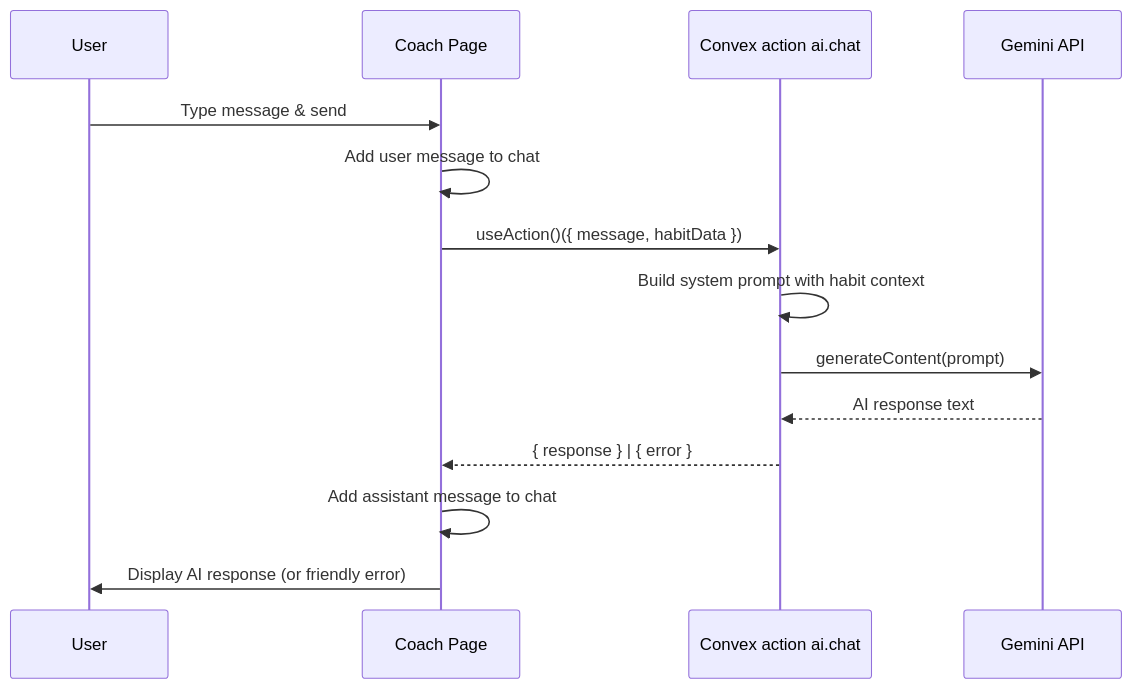
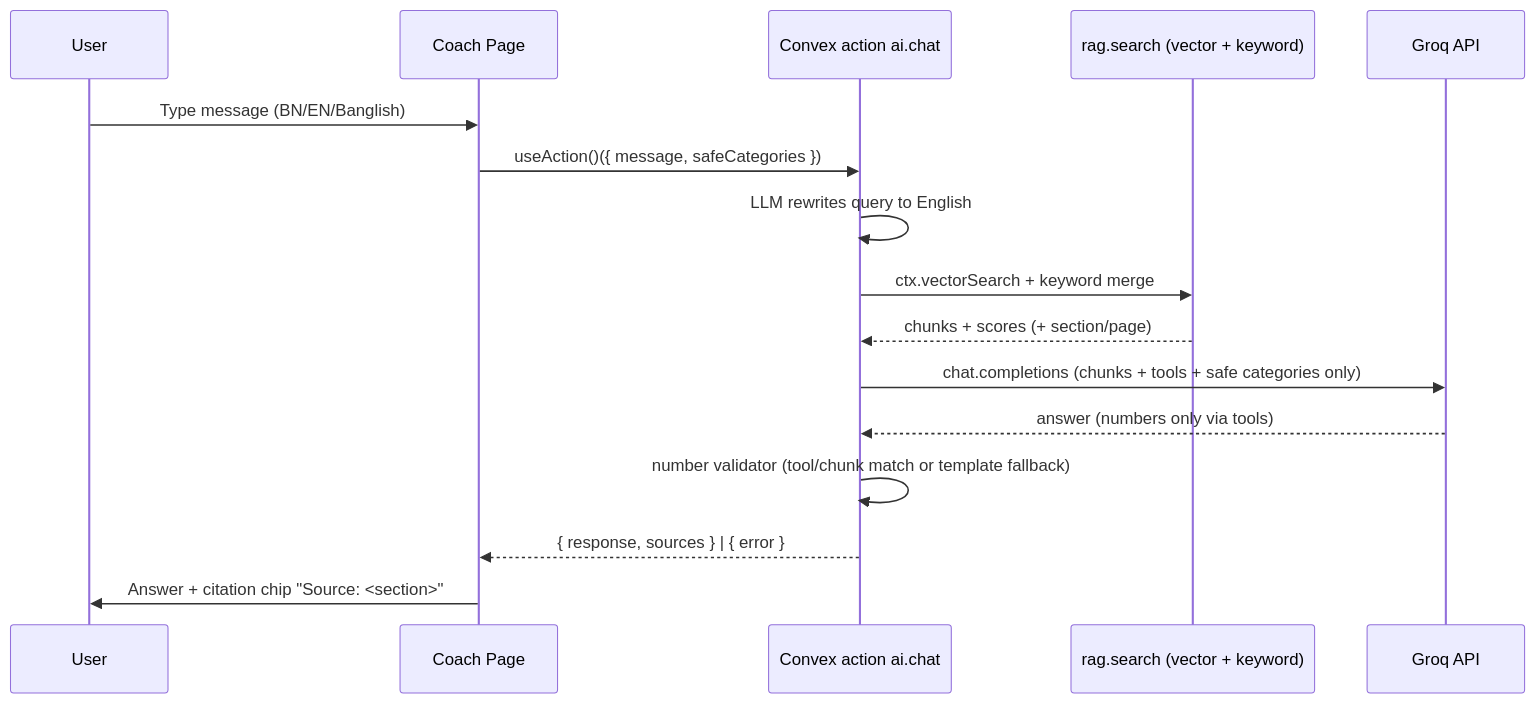
One commit to Moballig/habitforge changed the third of 5 diagrams in docs/ARCHITECTURE.md. Above: the diagram before and after it, drawn with Mermaid. The commit also changed other lines of this file and 5 other files, not shown here.

````diff
--- a/docs/ARCHITECTURE.md
+++ b/docs/ARCHITECTURE.md
@@ -147,17 +235,19 @@
 ```mermaid
 sequenceDiagram
     participant U as User
     participant UI as Coach Page
     participant A as Convex action ai.chat
-    participant G as Gemini API
+    participant E as rag.search (vector + keyword)
+    participant G as Groq API
 
-    U->>UI: Type message & send
-    UI->>UI: Add user message to chat
-    UI->>A: useAction()({ message, habitData })
-    A->>A: Build system prompt with habit context
-    A->>G: generateContent(prompt)
-    G-->>A: AI response text
-    A-->>UI: { response } | { error }
-    UI->>UI: Add assistant message to chat
-    UI->>U: Display AI response (or friendly error)
+    U->>UI: Type message (BN/EN/Banglish)
+    UI->>A: useAction()({ message, safeCategories })
+    A->>A: LLM rewrites query to English
+    A->>E: ctx.vectorSearch + keyword merge
+    E-->>A: chunks + scores (+ section/page)
+    A->>G: chat.completions (chunks + tools + safe categories only)
+    G-->>A: answer (numbers only via tools)
+    A->>A: number validator (tool/chunk match or template fallback)
+    A-->>UI: { response, sources } | { error }
+    UI->>U: Answer + citation chip "Source: <section>"
 ```
````
